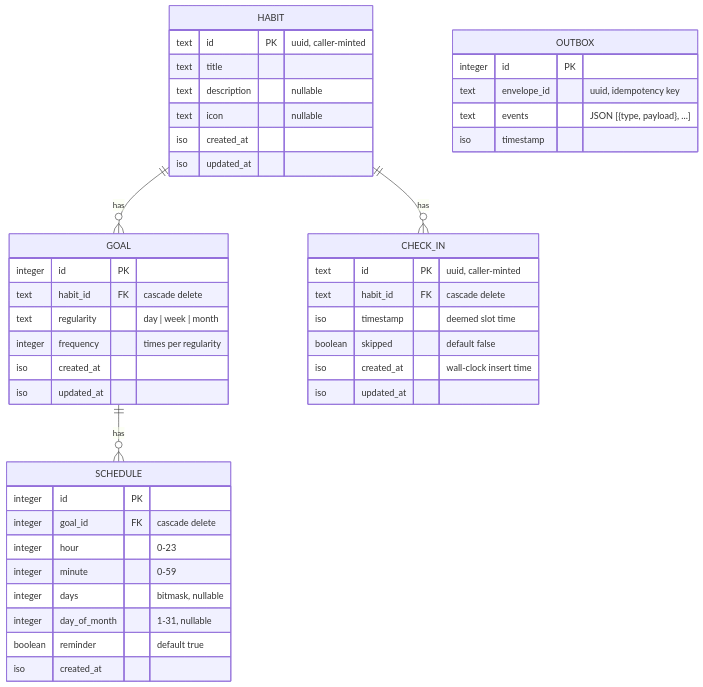
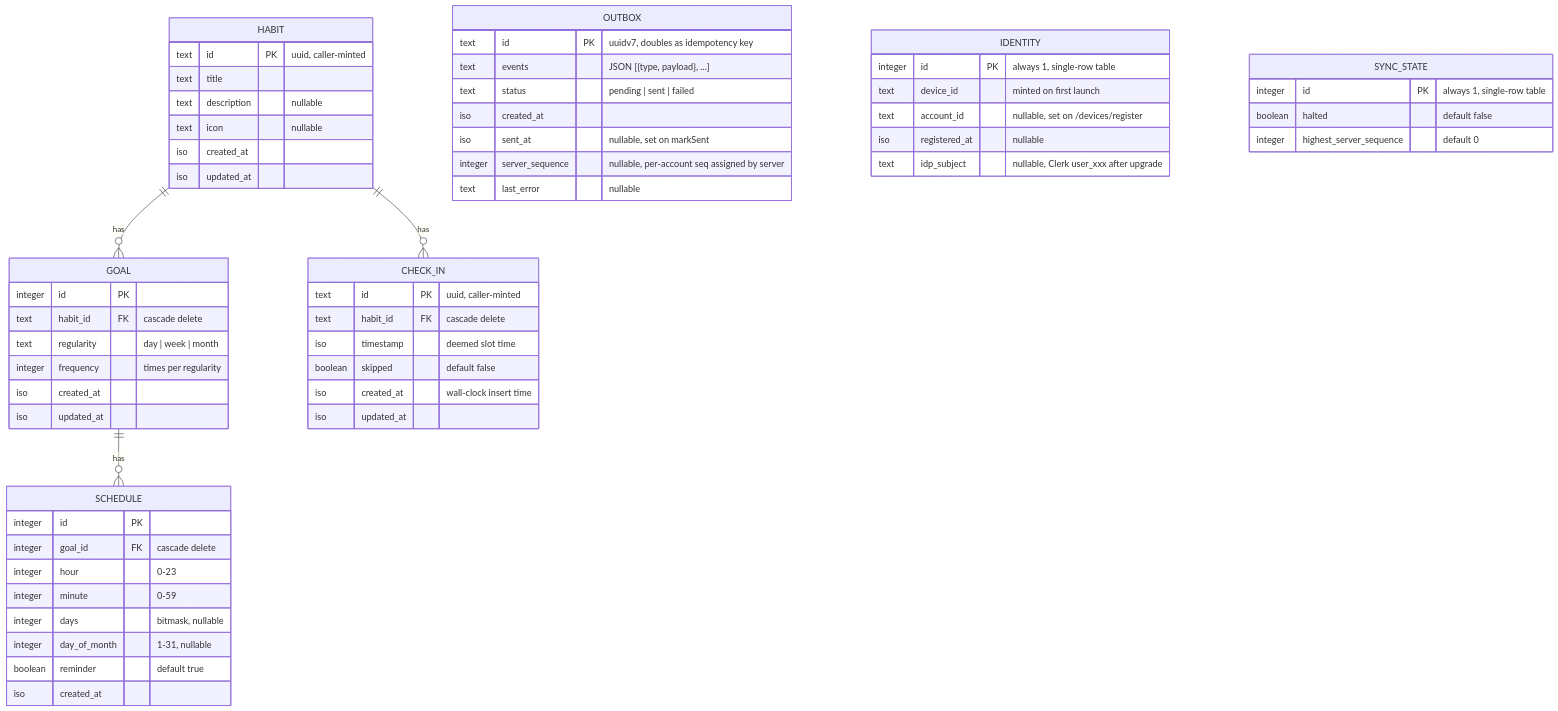
Before and after one commit to auctionready/nag: the diagram in docs/Model.md, drawn with Mermaid. The commit also changed other lines of this file, not shown here.

First line of the commit message:
docs: refresh Model.md for current schema layout

````diff
--- a/docs/Model.md
+++ b/docs/Model.md
@@ -13,51 +21,68 @@
 ```mermaid
 erDiagram
     HABIT ||--o{ GOAL       : "has"
     HABIT ||--o{ CHECK_IN   : "has"
     GOAL  ||--o{ SCHEDULE   : "has"
 
     HABIT {
         text    id PK        "uuid, caller-minted"
         text    title
         text    description "nullable"
         text    icon        "nullable"
         iso     created_at
         iso     updated_at
     }
 
     GOAL {
         integer id PK
         text    habit_id   FK "cascade delete"
         text    regularity "day | week | month"
         integer frequency  "times per regularity"
         iso     created_at
         iso     updated_at
     }
 
     CHECK_IN {
         text    id PK        "uuid, caller-minted"
         text    habit_id  FK "cascade delete"
         iso     timestamp  "deemed slot time"
         boolean skipped    "default false"
         iso     created_at "wall-clock insert time"
         iso     updated_at
     }
 
     SCHEDULE {
         integer id PK
         integer goal_id      FK "cascade delete"
         integer hour         "0-23"
         integer minute       "0-59"
         integer days         "bitmask, nullable"
         integer day_of_month "1-31, nullable"
         boolean reminder     "default true"
         iso     created_at
     }
 
     OUTBOX {
-        integer id PK
-        text    envelope_id "uuid, idempotency key"
-        text    events      "JSON [{type, payload}, ...]"
-        iso     timestamp
+        text    id PK            "uuidv7, doubles as idempotency key"
+        text    events           "JSON [{type, payload}, ...]"
+        text    status           "pending | sent | failed"
+        iso     created_at
+        iso     sent_at          "nullable, set on markSent"
+        integer server_sequence  "nullable, per-account seq assigned by server"
+        text    last_error       "nullable"
+    }
+
+    IDENTITY {
+        integer id PK            "always 1, single-row table"
+        text    device_id        "minted on first launch"
+        text    account_id       "nullable, set on /devices/register"
+        iso     registered_at    "nullable"
+        text    idp_subject      "nullable, Clerk user_xxx after upgrade"
+    }
+
+    SYNC_STATE {
+        integer id PK                       "always 1, single-row table"
+        boolean halted                      "default false"
+        integer highest_server_sequence     "default 0"
     }
 ```
````
